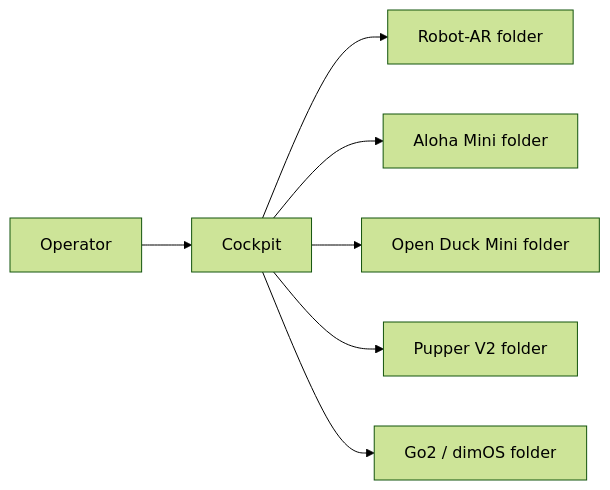
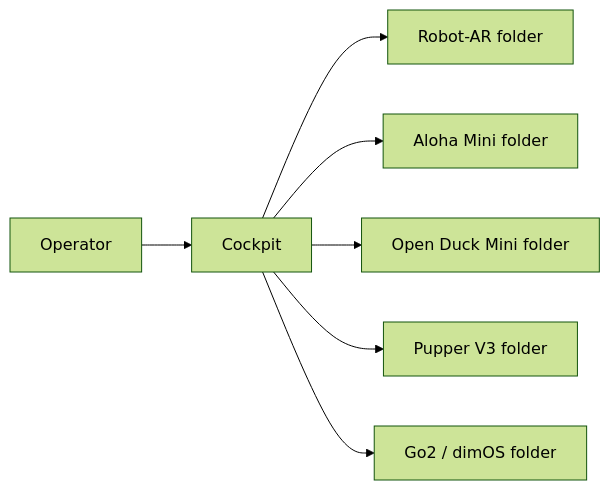
One commit to Kelvinchan324/ARGUS-collaboration changed the diagram in README.md. Above: the diagram before and after it, drawn with Mermaid (forest theme). The commit also changed other lines of this file and 6 other files, not shown here.

````diff
--- a/README.md
+++ b/README.md
@@ -41,9 +41,9 @@
 ```mermaid
 flowchart LR
     Operator --> Cockpit
     Cockpit --> AR[Robot-AR folder]
     Cockpit --> Aloha[Aloha Mini folder]
     Cockpit --> Duck[Open Duck Mini folder]
-    Cockpit --> Pupper[Pupper V2 folder]
+    Cockpit --> Pupper[Pupper V3 folder]
     Cockpit --> Go2[Go2 / dimOS folder]
 ```
````
